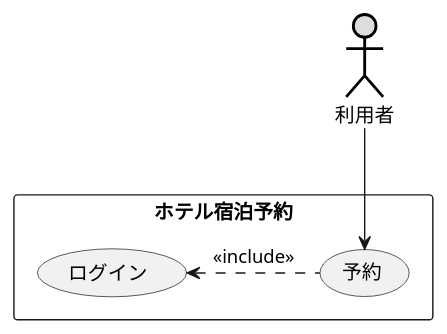
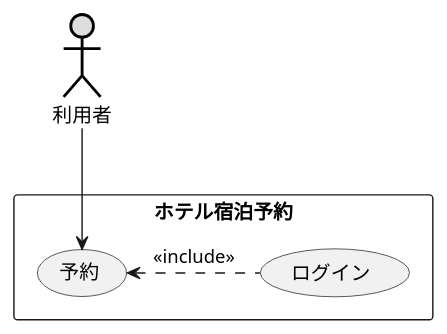
Before and after one commit to takumiTakahata/uml-introduction: the diagram in 演習2-3_ホテル宿泊予約.pu, drawn with PlantUML.

Commit message:
変更

```diff
--- a/演習2-3_ホテル宿泊予約.pu
+++ b/演習2-3_ホテル宿泊予約.pu
@@ -1,10 +1,10 @@
 @startuml ユースケース図
 ' left to right direction
 actor 利用者#DDDDDD;line:black;line.bold;
 rectangle ホテル宿泊予約 {
 usecase 予約
 usecase ログイン
 }
 利用者 --> 予約
-ログイン <. 予約 : <<include>>
+予約 <. ログイン : <<include>>
 @enduml
```
